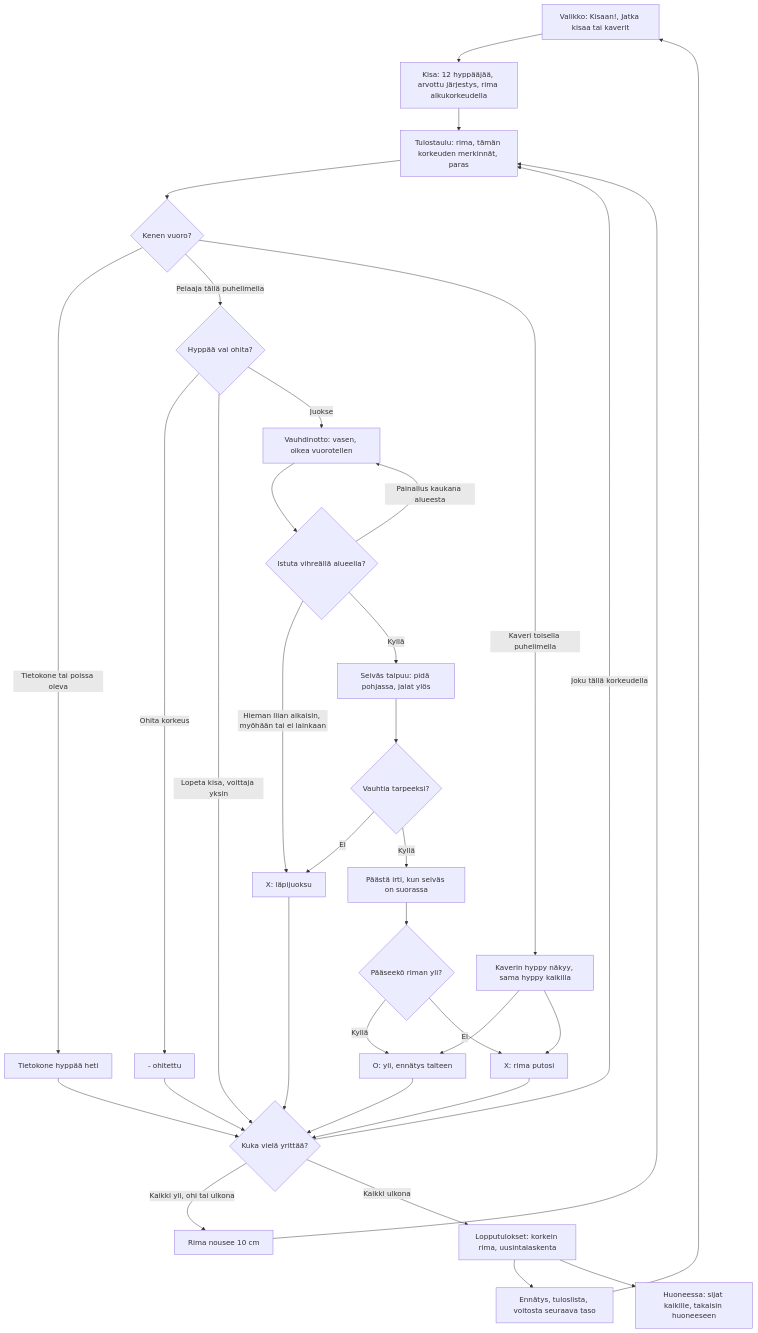
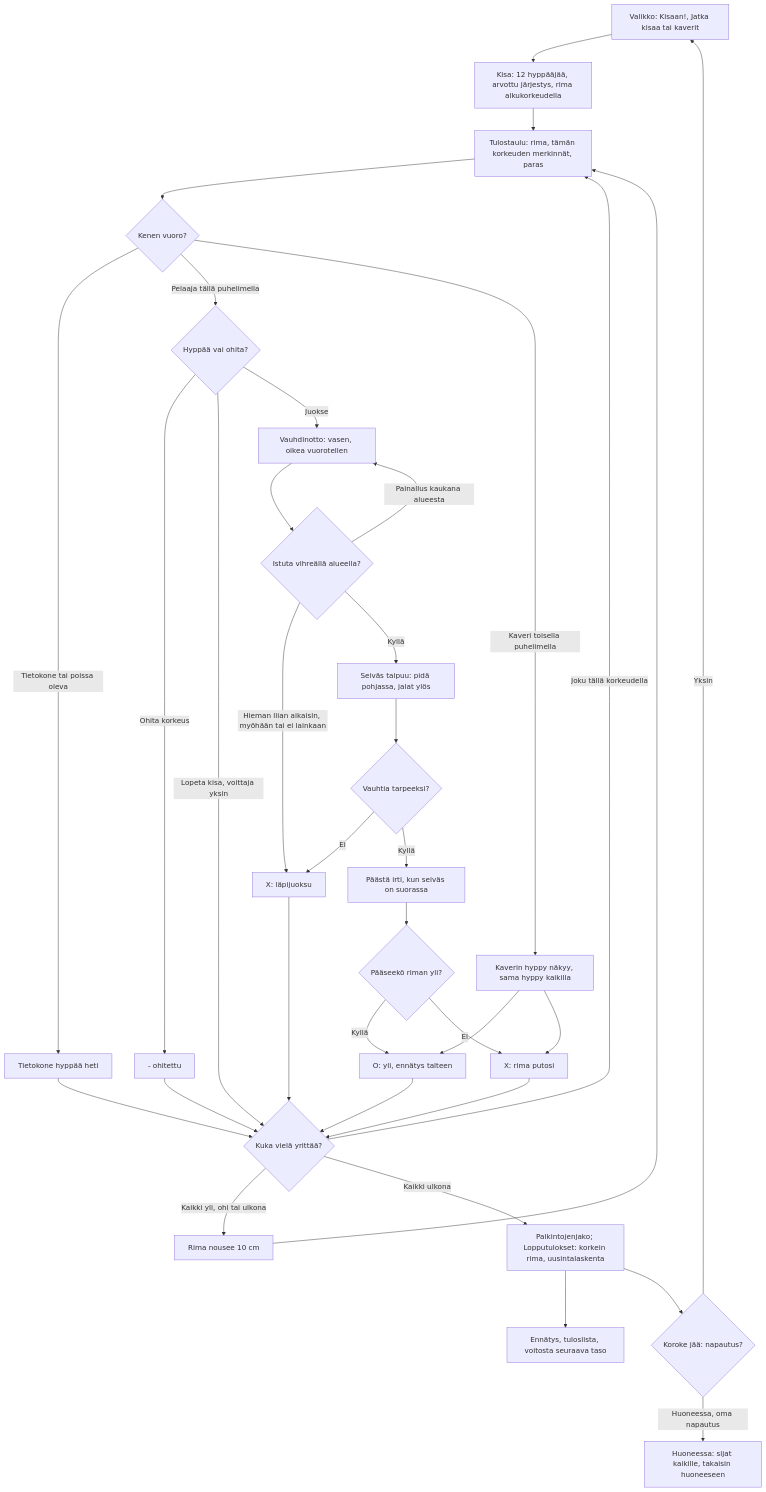
One commit to eerovil/ai-pelit changed the diagram in docs/diagrams/seivashyppy.md. Above: the diagram before and after it, drawn with Mermaid. The commit also changed other lines of this file and 3 other files, not shown here.

````diff
--- a/docs/diagrams/seivashyppy.md
+++ b/docs/diagrams/seivashyppy.md
@@ -17,42 +17,43 @@
 ```mermaid
 flowchart TD
   M[Valikko: Kisaan!, Jatka kisaa tai kaverit] --> K[Kisa: 12 hyppääjää, arvottu järjestys, rima alkukorkeudella]
   K --> T[Tulostaulu: rima, tämän korkeuden merkinnät, paras]
   T --> Q{Kenen vuoro?}
   Q -- Tietokone tai poissa oleva --> CPU[Tietokone hyppää heti]
   CPU --> NX
   Q -- Pelaaja tällä puhelimella --> P{Hyppää vai ohita?}
   Q -- Kaveri toisella puhelimella --> WT[Kaverin hyppy näkyy, sama hyppy kaikilla]
   P -- Ohita korkeus --> PS[- ohitettu]
   P -- Lopeta kisa, voittaja yksin --> NX
   P -- Juokse --> R[Vauhdinotto: vasen, oikea vuorotellen]
   R --> PL{Istuta vihreällä alueella?}
   PL -- Painallus kaukana alueesta --> R
   PL -- Hieman liian aikaisin, myöhään tai ei lainkaan --> X[X: läpijuoksu]
   PL -- Kyllä --> B[Seiväs taipuu: pidä pohjassa, jalat ylös]
   B --> SL{Vauhtia tarpeeksi?}
   SL -- Ei --> X
   SL -- Kyllä --> F[Päästä irti, kun seiväs on suorassa]
   F --> OK{Pääseekö riman yli?}
   OK -- Kyllä --> O[O: yli, ennätys talteen]
   OK -- Ei --> XB[X: rima putosi]
   WT --> O
   WT --> XB
   O --> NX{Kuka vielä yrittää?}
   X --> NX
   XB --> NX
   PS --> NX
   NX -- Joku tällä korkeudella --> T
   NX -- Kaikki yli, ohi tai ulkona --> UP[Rima nousee 10 cm]
   UP --> T
-  NX -- Kaikki ulkona --> END[Lopputulokset: korkein rima, uusintalaskenta]
+  NX -- Kaikki ulkona --> END[Palkintojenjako; Lopputulokset: korkein rima, uusintalaskenta]
   END --> S[Ennätys, tuloslista, voitosta seuraava taso]
-  S --> M
-  END --> RM[Huoneessa: sijat kaikille, takaisin huoneeseen]
+  END --> TAP{Koroke jää: napautus?}
+  TAP -- Yksin --> M
+  TAP -- Huoneessa, oma napautus --> RM[Huoneessa: sijat kaikille, takaisin huoneeseen]
   class M,R,B,F,T blue
   class CPU,WT violet
-  class Q,P,PL,SL,OK,NX amber
+  class Q,P,PL,SL,OK,NX,TAP amber
   class K,O,PS,UP teal
   class X,XB rose
   class END,S,RM green
 ```
````
